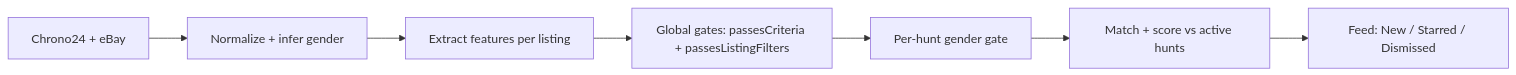
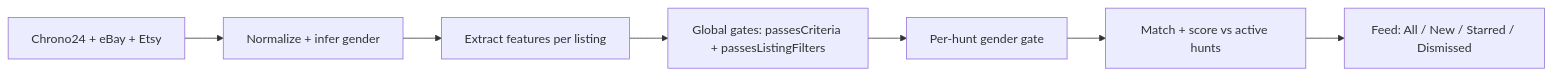
Before and after one commit to Jolien-Product-Manager/GoodFinds2.0: the diagram in .cursor/docs/hunt-feed-filtering-criteria.md, drawn with Mermaid. The commit also changed other lines of this file and 7 other files, not shown here.

````diff
--- a/.cursor/docs/hunt-feed-filtering-criteria.md
+++ b/.cursor/docs/hunt-feed-filtering-criteria.md
@@ -27,9 +27,9 @@
 ```mermaid
 flowchart LR
-  Fetch["Chrono24 + eBay"] --> Norm["Normalize + infer gender"]
+  Fetch["Chrono24 + eBay + Etsy"] --> Norm["Normalize + infer gender"]
   Norm --> Extract["Extract features per listing"]
   Extract --> Gates["Global gates: passesCriteria + passesListingFilters"]
   Gates --> GenderGate["Per-hunt gender gate"]
   GenderGate --> Match["Match + score vs active hunts"]
-  Match --> Feed["Feed: New / Starred / Dismissed"]
+  Match --> Feed["Feed: All / New / Starred / Dismissed"]
 ```
````
